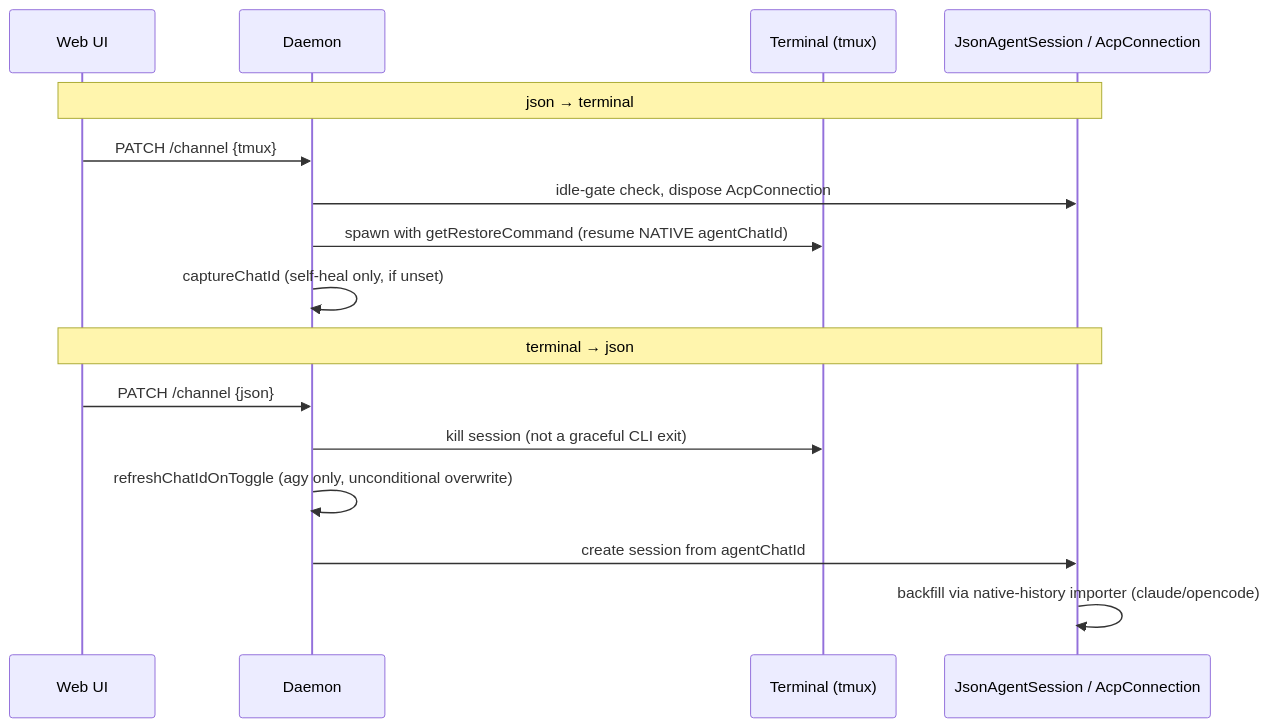
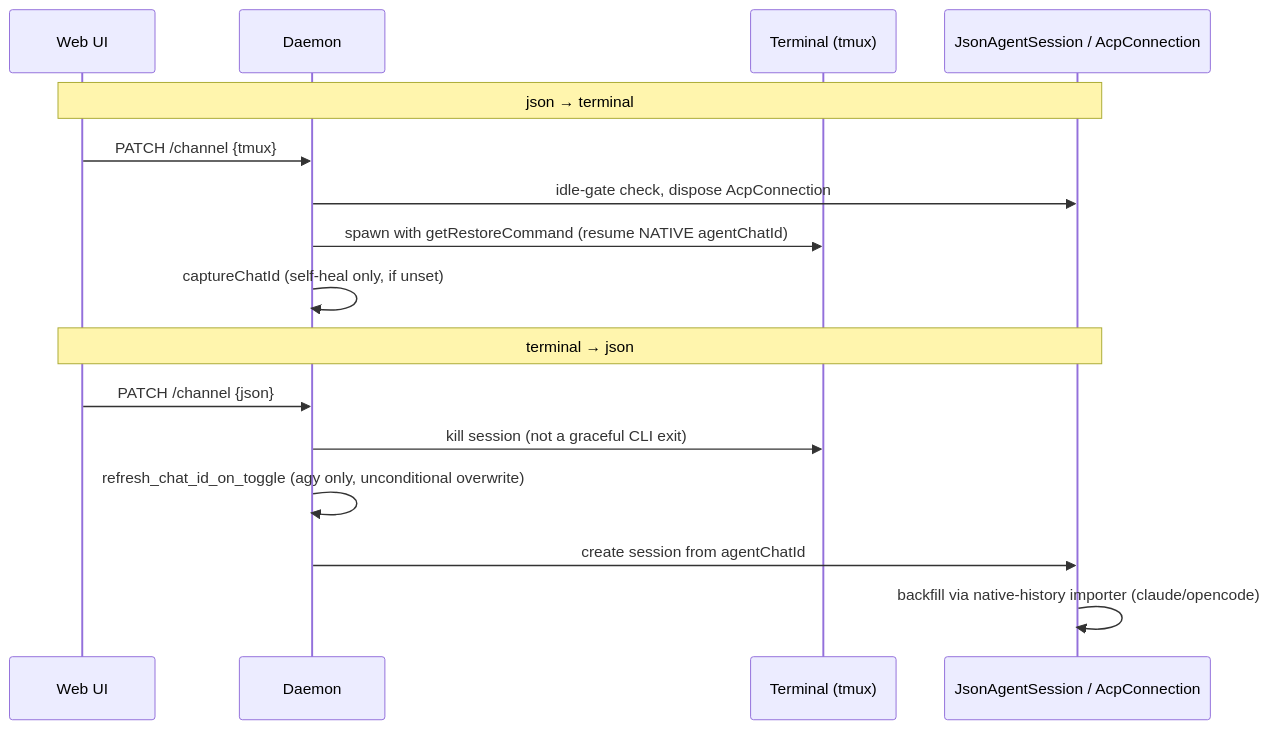
The third of 5 diagrams in docs/RICH-CHAT-ACP.md (fastestdevalive/vibe-station), drawn with Mermaid before and after one commit. The commit also changed other lines of this file and 6 other files, not shown here.

````diff
--- a/docs/RICH-CHAT-ACP.md
+++ b/docs/RICH-CHAT-ACP.md
@@ -81,20 +81,20 @@
 ```mermaid
 sequenceDiagram
     participant UI as Web UI
     participant D as Daemon
     participant T as Terminal (tmux)
     participant J as JsonAgentSession / AcpConnection
 
     Note over UI,J: json → terminal
     UI->>D: PATCH /channel {tmux}
     D->>J: idle-gate check, dispose AcpConnection
     D->>T: spawn with getRestoreCommand (resume NATIVE agentChatId)
     D->>D: captureChatId (self-heal only, if unset)
 
     Note over UI,J: terminal → json
     UI->>D: PATCH /channel {json}
     D->>T: kill session (not a graceful CLI exit)
-    D->>D: refreshChatIdOnToggle (agy only, unconditional overwrite)
+    D->>D: refresh_chat_id_on_toggle (agy only, unconditional overwrite)
     D->>J: create session from agentChatId
     J->>J: backfill via native-history importer (claude/opencode)
 ```
````
